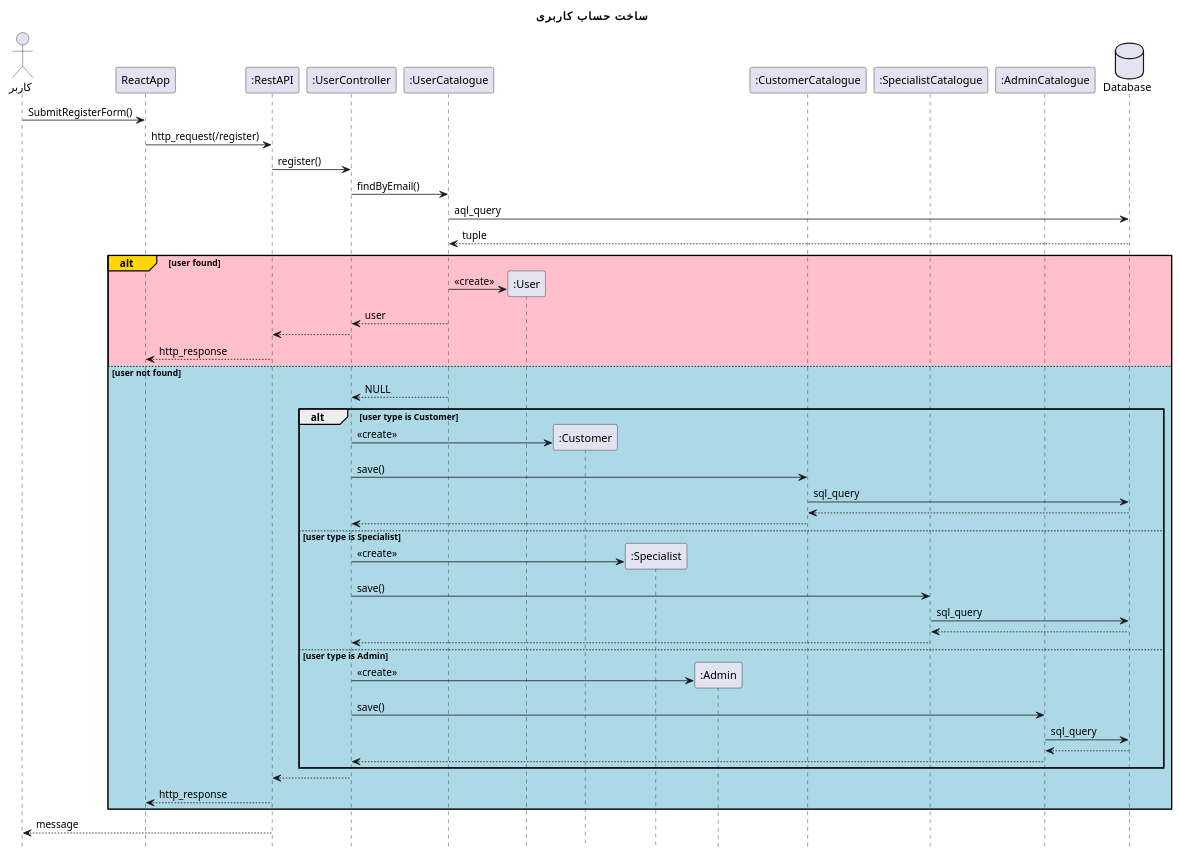
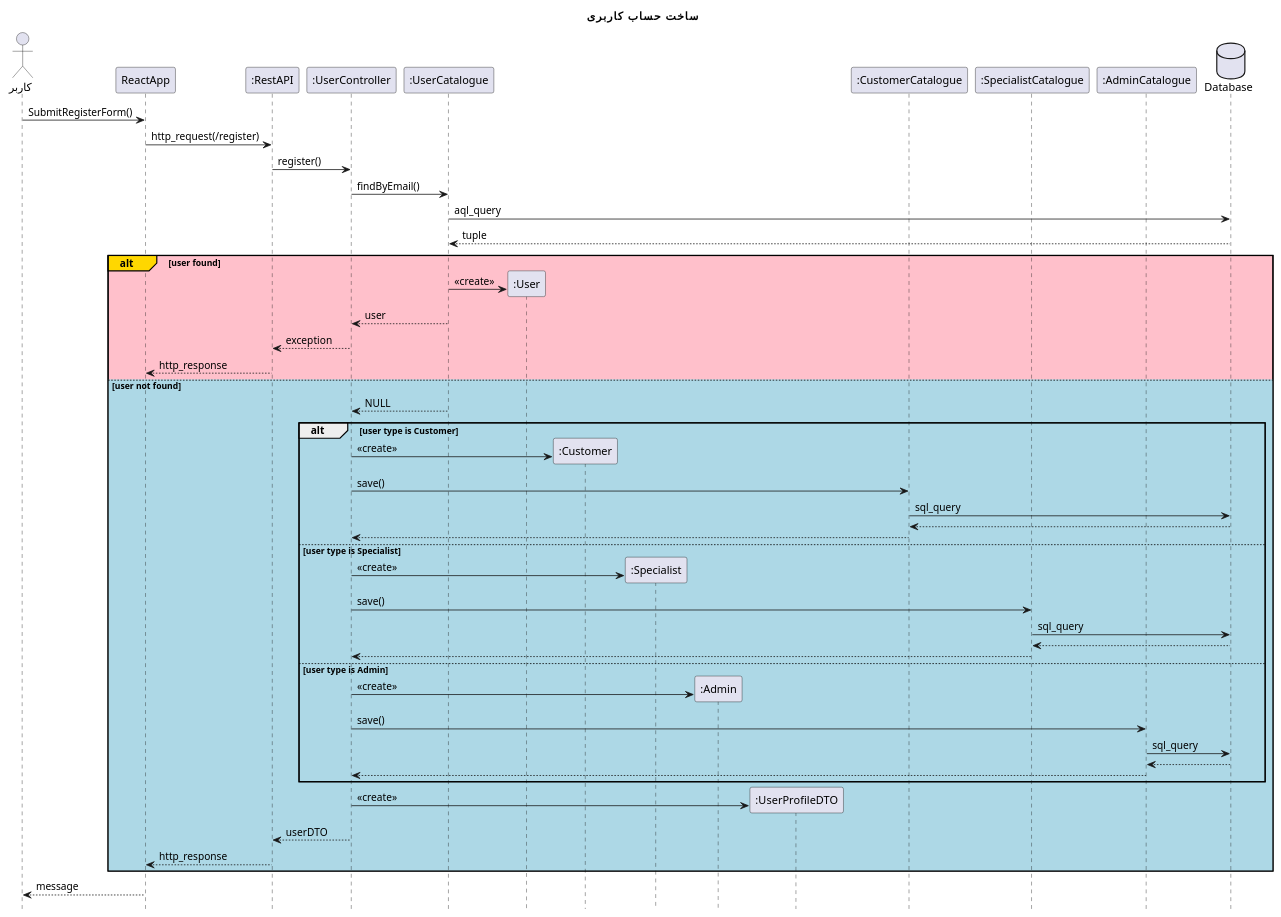
Before and after one commit to Khedmatkar-OOD-spring-2022/Model-and-Documents: the diagram in design sequence diagams/register.plantuml, drawn with PlantUML. The commit also changed 20 other files, not shown here.

```diff
--- a/design sequence diagams/register.plantuml
+++ b/design sequence diagams/register.plantuml
@@ -1,66 +1,68 @@
 @startuml register
 hide footbox
 title "ساخت حساب کاربری"
 actor       کاربر as user
 participant ReactApp
 participant ":RestAPI" as RestAPI
 participant ":UserController" as UserController
 participant ":UserCatalogue" as UserCatalogue
 participant ":User" as User
 participant ":Customer" as Customer
 participant ":Specialist" as Specialist
 participant ":Admin" as Admin
+participant ":UserProfileDTO" as UserProfileDTO
 participant ":CustomerCatalogue" as CustomerCatalogue
 participant ":SpecialistCatalogue" as SpecialistCatalogue
 participant ":AdminCatalogue" as AdminCatalogue
 database Database
 
 user -> ReactApp: SubmitRegisterForm()
 ReactApp -> RestAPI: http_request(/register)
 RestAPI -> UserController: register()
 UserController -> UserCatalogue: findByEmail()
 UserCatalogue -> Database: aql_query
 return tuple
 alt#Gold #Pink user found
 
     UserCatalogue -> User **: <<create>>
     UserCatalogue --> UserController: user
-    UserController --> RestAPI
+    UserController --> RestAPI: exception
     RestAPI --> ReactApp: http_response
 
 else #LightBlue user not found
 
     UserCatalogue --> UserController: NULL
 
     alt user type is Customer
 
         UserController -> Customer **: <<create>>
         UserController -> CustomerCatalogue: save()
         CustomerCatalogue -> Database: sql_query
         return
         CustomerCatalogue --> UserController
     
     else user type is Specialist
 
         UserController -> Specialist **: <<create>>
         UserController -> SpecialistCatalogue: save()
         SpecialistCatalogue -> Database: sql_query
         return
         SpecialistCatalogue --> UserController
 
     else user type is Admin
 
         UserController -> Admin **: <<create>>
         UserController -> AdminCatalogue: save()
         AdminCatalogue -> Database: sql_query
         return
         AdminCatalogue --> UserController
 
     end
 
-    UserController --> RestAPI
+    UserController -> UserProfileDTO **: <<create>>
+    UserController --> RestAPI: userDTO
     RestAPI --> ReactApp: http_response
 end
 
-RestAPI --> user: message
+ReactApp --> user: message
 @enduml
```
